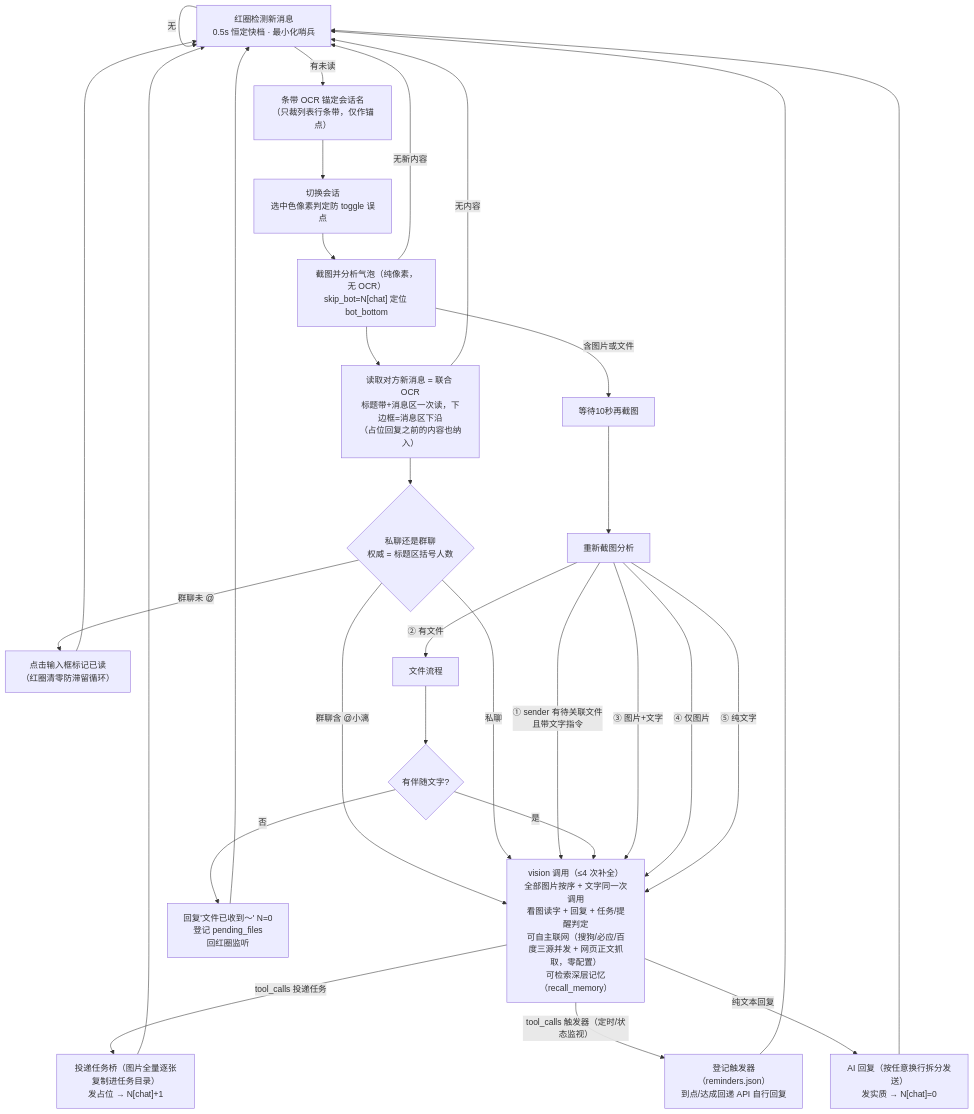
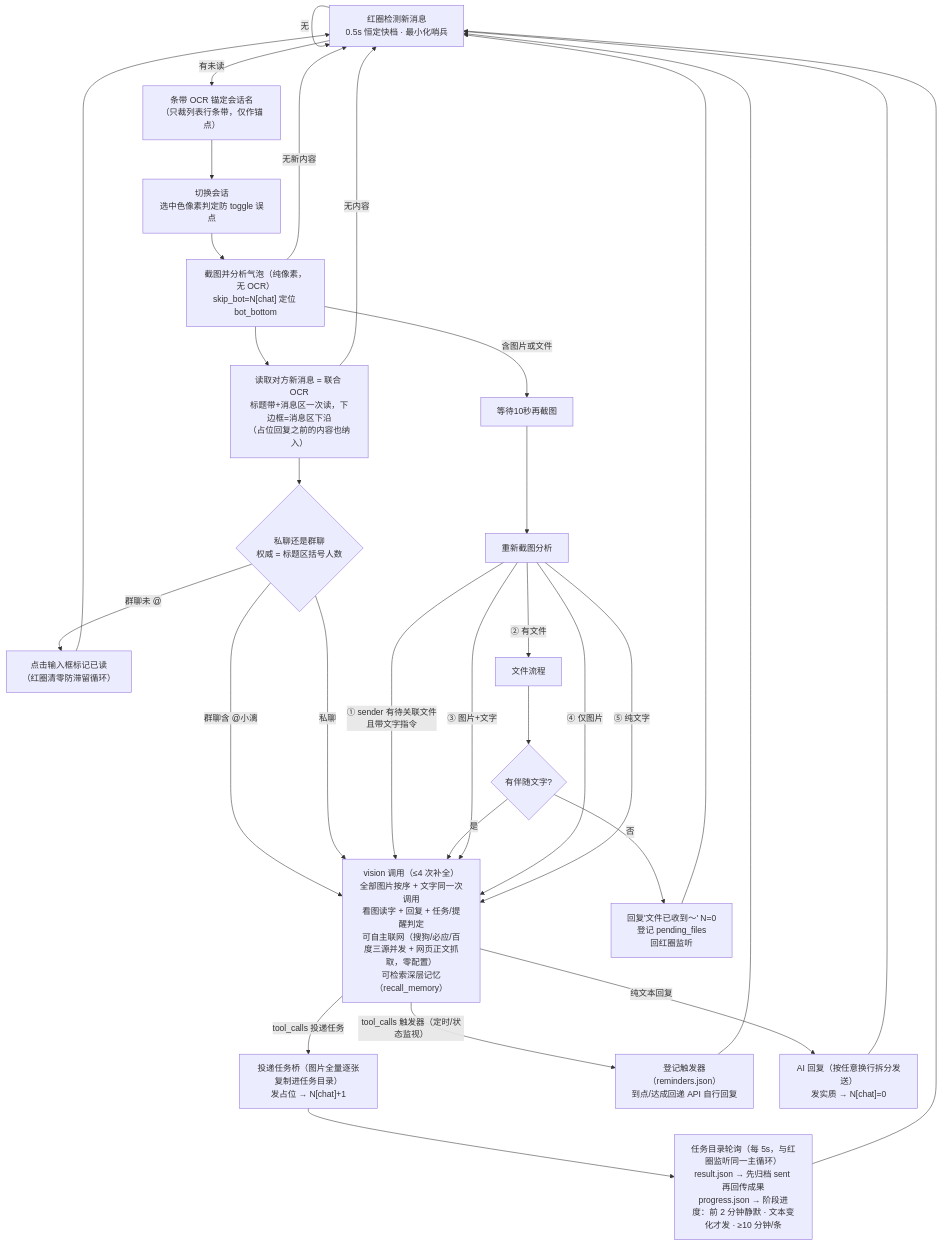
One commit to wens6515/weixin-wechat-wxauto-ocr-xiaoli changed the diagram in README.md. Above: the diagram before and after it, drawn with Mermaid. The commit also changed other lines of this file and 2 other files, not shown here.

Commit message:
docs: 版本号升 2.8.0「OCR 提速与任务进度」（README 横幅/下载链接/功能一览/流程图为任务进度回传补节点/配置表补 web_proxy/架构清单/技术说明 + 新增 v2.8.0 更新记录 + version.py）

````diff
--- a/README.md
+++ b/README.md
@@ -53,33 +53,34 @@
 ```mermaid
 flowchart TD
     A["红圈检测新消息<br/>0.5s 恒定快档 · 最小化哨兵"] -->|无| A
     A -->|有未读| B0["条带 OCR 锚定会话名<br/>（只裁列表行条带，仅作锚点）"]
     B0 --> B["切换会话<br/>选中色像素判定防 toggle 误点"]
     B --> D["截图并分析气泡（纯像素，无 OCR）<br/>skip_bot=N[chat] 定位 bot_bottom"]
     D -->|无新内容| A
     D -->|含图片或文件| H["等待10秒再截图"]
     D --> F["读取对方新消息 = 联合 OCR<br/>标题带+消息区一次读，下边框=消息区下沿<br/>（占位回复之前的内容也纳入）"]
     F -->|无内容| A
     F --> C{"私聊还是群聊<br/>权威 = 标题区括号人数"}
     C -->|群聊含 @小漓| I
     C -->|群聊未 @| G0["点击输入框标记已读<br/>（红圈清零防滞留循环）"]
     G0 --> A
     C -->|私聊| I
     H --> L["重新截图分析"]
     L -->|① sender 有待关联文件<br/>且带文字指令| I
     L -->|② 有文件| O["文件流程"]
     O --> T2{"有伴随文字?"}
     T2 -->|是| I
     T2 -->|否| U["回复'文件已收到～' N=0<br/>登记 pending_files<br/>回红圈监听"]
     L -->|③ 图片+文字| I
     L -->|④ 仅图片| I
     L -->|⑤ 纯文字| I
     I["vision 调用（≤4 次补全）<br/>全部图片按序 + 文字同一次调用<br/>看图读字 + 回复 + 任务/提醒判定<br/>可自主联网（搜狗/必应/百度三源并发 + 网页正文抓取，零配置）<br/>可检索深层记忆（recall_memory）"]
     I -->|tool_calls 投递任务| K["投递任务桥（图片全量逐张复制进任务目录）<br/>发占位 → N[chat]+1"]
     I -->|tool_calls 触发器（定时/状态监视）| R2["登记触发器（reminders.json）<br/>到点/达成回递 API 自行回复"]
     I -->|纯文本回复| J["AI 回复（按任意换行拆分发送）<br/>发实质 → N[chat]=0"]
     U --> A
-    K --> A
+    K --> P["任务目录轮询（每 5s，与红圈监听同一主循环）<br/>result.json → 先归档 sent 再回传成果<br/>progress.json → 阶段进度：前 2 分钟静默 · 文本变化才发 · ≥10 分钟/条"]
+    P --> A
     R2 --> A
     J --> A
 ```
````
